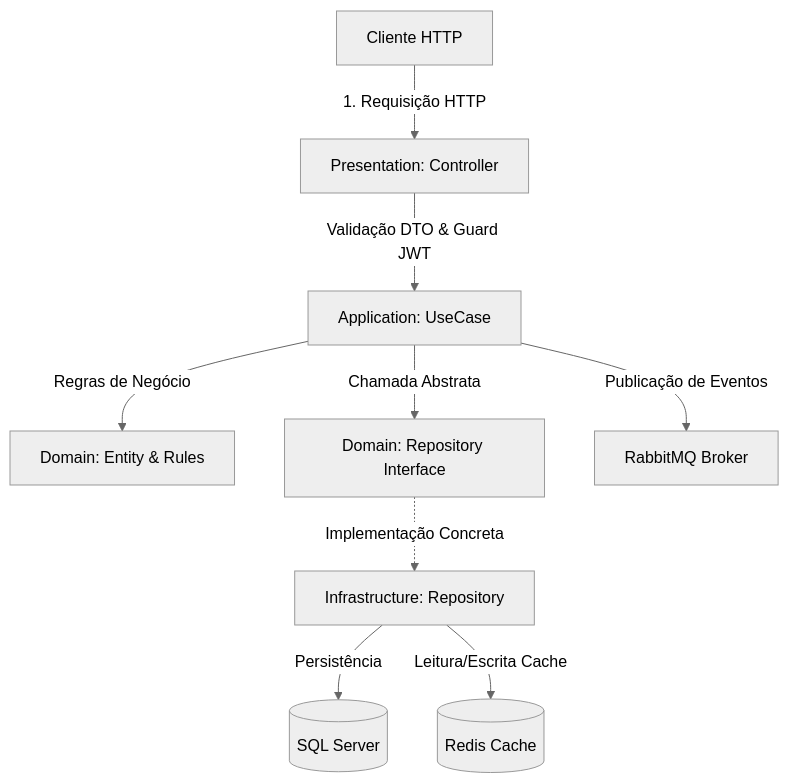
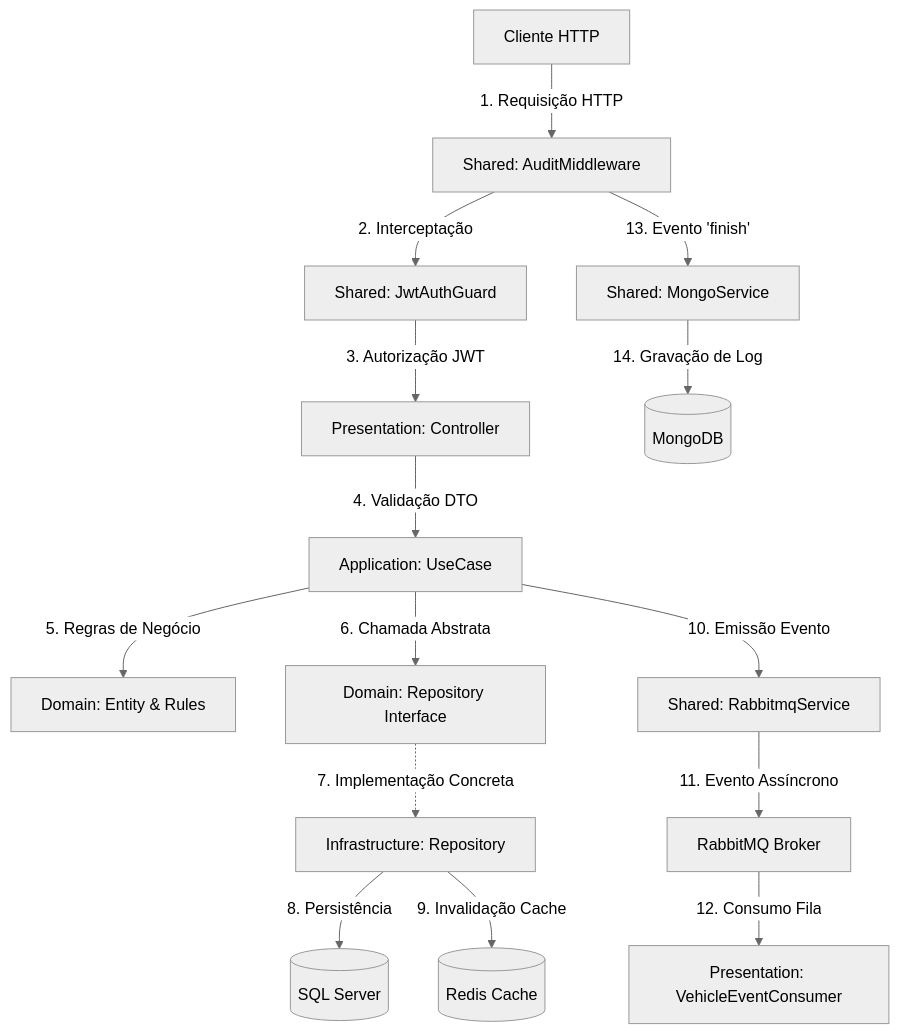
The diagram in docs/architecture-flow.md (alefwhite/info-sistema-teste-tecnico-backend), drawn with Mermaid (neutral theme) before and after one commit. The commit also changed other lines of this file and 1 other file, not shown here.

Commit message:
docs(architecture): update README and request lifecycle details with MongoDB and RabbitMQ

````diff
--- a/docs/architecture-flow.md
+++ b/docs/architecture-flow.md
@@ -16,11 +16,17 @@
 ```mermaid
 graph TD
-    Client[Cliente HTTP] -->|1. Requisição HTTP| Controller[Presentation: Controller]
-    Controller -->|Validação DTO & Guard JWT| UseCase[Application: UseCase]
-    UseCase -->|Regras de Negócio| Domain[Domain: Entity & Rules]
-    UseCase -->|Chamada Abstrata| IRepo[Domain: Repository Interface]
-    IRepo -.->|Implementação Concreta| Repo[Infrastructure: Repository]
-    Repo -->|Persistência| SQLServer[(SQL Server)]
-    Repo -->|Leitura/Escrita Cache| Redis[(Redis Cache)]
-    UseCase -->|Publicação de Eventos| RabbitMQ[RabbitMQ Broker]
+    Client[Cliente HTTP] -->|1. Requisição HTTP| AuditMiddleware[Shared: AuditMiddleware]
+    AuditMiddleware -->|2. Interceptação| Guard[Shared: JwtAuthGuard]
+    Guard -->|3. Autorização JWT| Controller[Presentation: Controller]
+    Controller -->|4. Validação DTO| UseCase[Application: UseCase]
+    UseCase -->|5. Regras de Negócio| Domain[Domain: Entity & Rules]
+    UseCase -->|6. Chamada Abstrata| IRepo[Domain: Repository Interface]
+    IRepo -.->|7. Implementação Concreta| Repo[Infrastructure: Repository]
+    Repo -->|8. Persistência| SQLServer[(SQL Server)]
+    Repo -->|9. Invalidação Cache| Redis[(Redis Cache)]
+    UseCase -->|10. Emissão Evento| RabbitmqService[Shared: RabbitmqService]
+    RabbitmqService -->|11. Evento Assíncrono| RabbitMQ[RabbitMQ Broker]
+    RabbitMQ -->|12. Consumo Fila| Consumer[Presentation: VehicleEventConsumer]
+    AuditMiddleware -->|13. Evento 'finish'| MongoService[Shared: MongoService]
+    MongoService -->|14. Gravação de Log| MongoDB[(MongoDB)]
 ```
````
